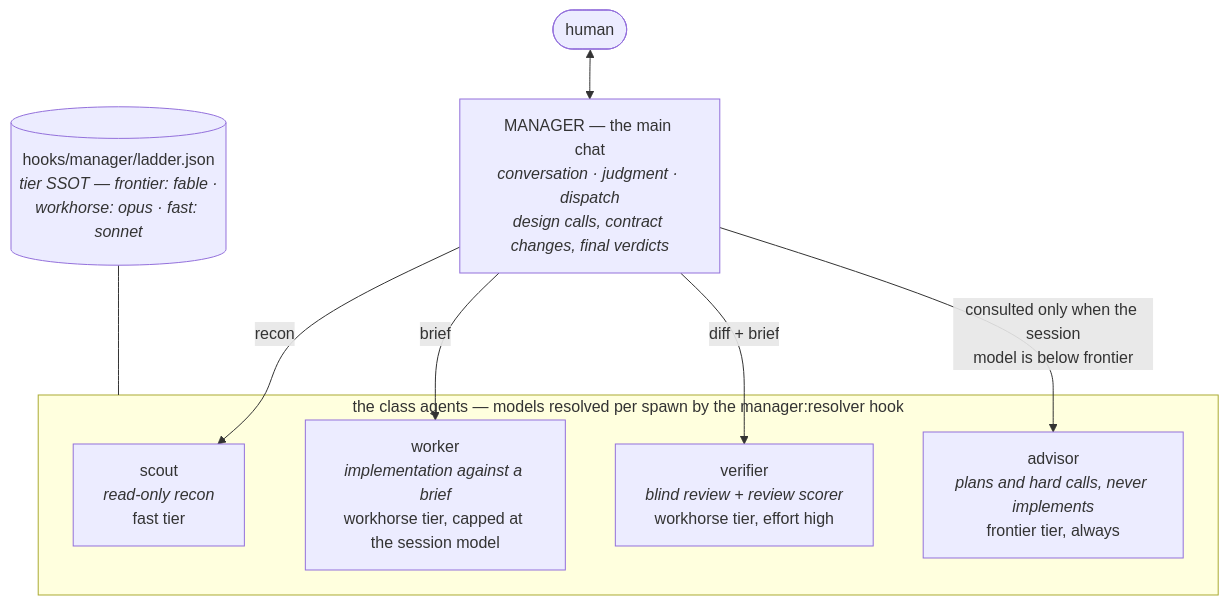
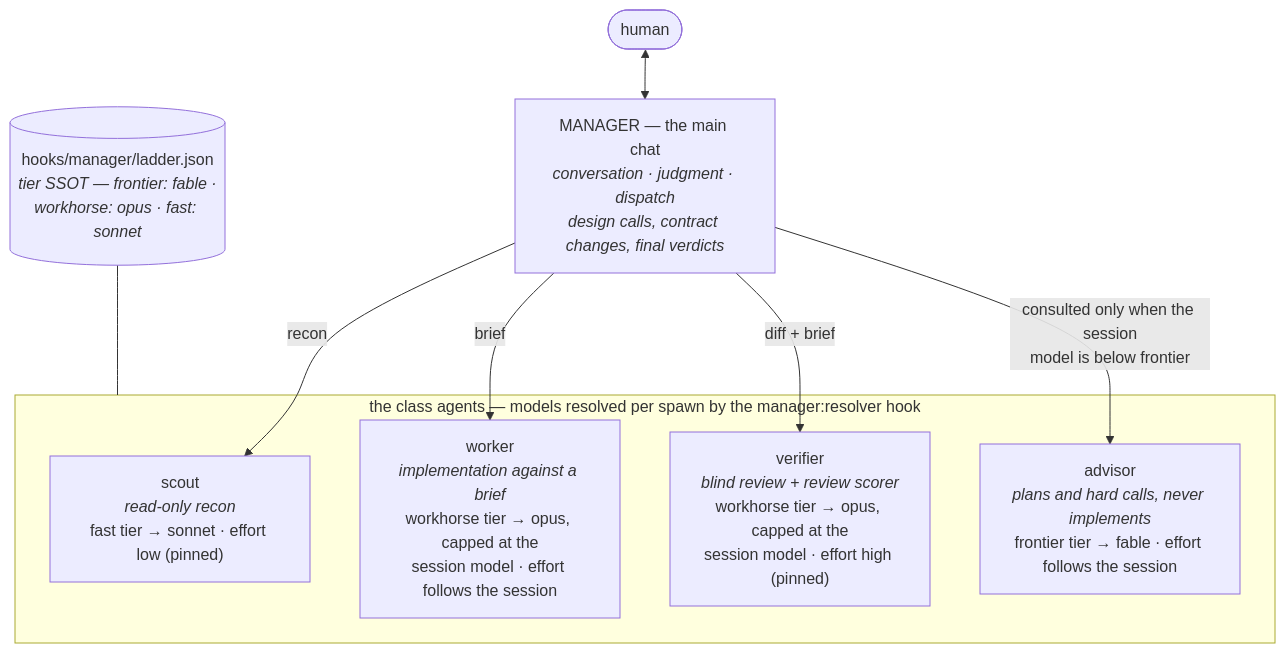
Before and after one commit to itw-creative-works/workkit: the second of 2 diagrams in docs/pipeline.md, drawn with Mermaid. The commit also changed other lines of this file and 6 other files, not shown here.

First line of the commit message:
docs(pipeline): the crew map carries each agent's model and effort

````diff
--- a/docs/pipeline.md
+++ b/docs/pipeline.md
@@ -56,21 +56,21 @@
 ```mermaid
 flowchart TB
     HUMAN(["human"]) <--> MGR
 
     MGR["MANAGER — the main chat<br/><i>conversation · judgment · dispatch<br/>design calls, contract changes, final verdicts</i>"]
 
     subgraph crew [" the class agents — models resolved per spawn by the manager:resolver hook "]
-        SCOUT["scout<br/><i>read-only recon</i><br/>fast tier"]
-        WORKER["worker<br/><i>implementation against a brief</i><br/>workhorse tier, capped at the session model"]
-        VERIFIER["verifier<br/><i>blind review + review scorer</i><br/>workhorse tier, effort high"]
-        ADVISOR["advisor<br/><i>plans and hard calls, never implements</i><br/>frontier tier, always"]
+        SCOUT["scout<br/><i>read-only recon</i><br/>fast tier → sonnet · effort low (pinned)"]
+        WORKER["worker<br/><i>implementation against a brief</i><br/>workhorse tier → opus, capped at the<br/>session model · effort follows the session"]
+        VERIFIER["verifier<br/><i>blind review + review scorer</i><br/>workhorse tier → opus, capped at the<br/>session model · effort high (pinned)"]
+        ADVISOR["advisor<br/><i>plans and hard calls, never implements</i><br/>frontier tier → fable · effort follows the session"]
     end
 
     MGR -- "recon" --> SCOUT
     MGR -- "brief" --> WORKER
     MGR -- "diff + brief" --> VERIFIER
     MGR -- "consulted only when the session<br/>model is below frontier" --> ADVISOR
 
     LADDER[("hooks/manager/ladder.json<br/><i>tier SSOT — frontier: fable ·<br/>workhorse: opus · fast: sonnet</i>")]
     LADDER --- crew
 ```
````
